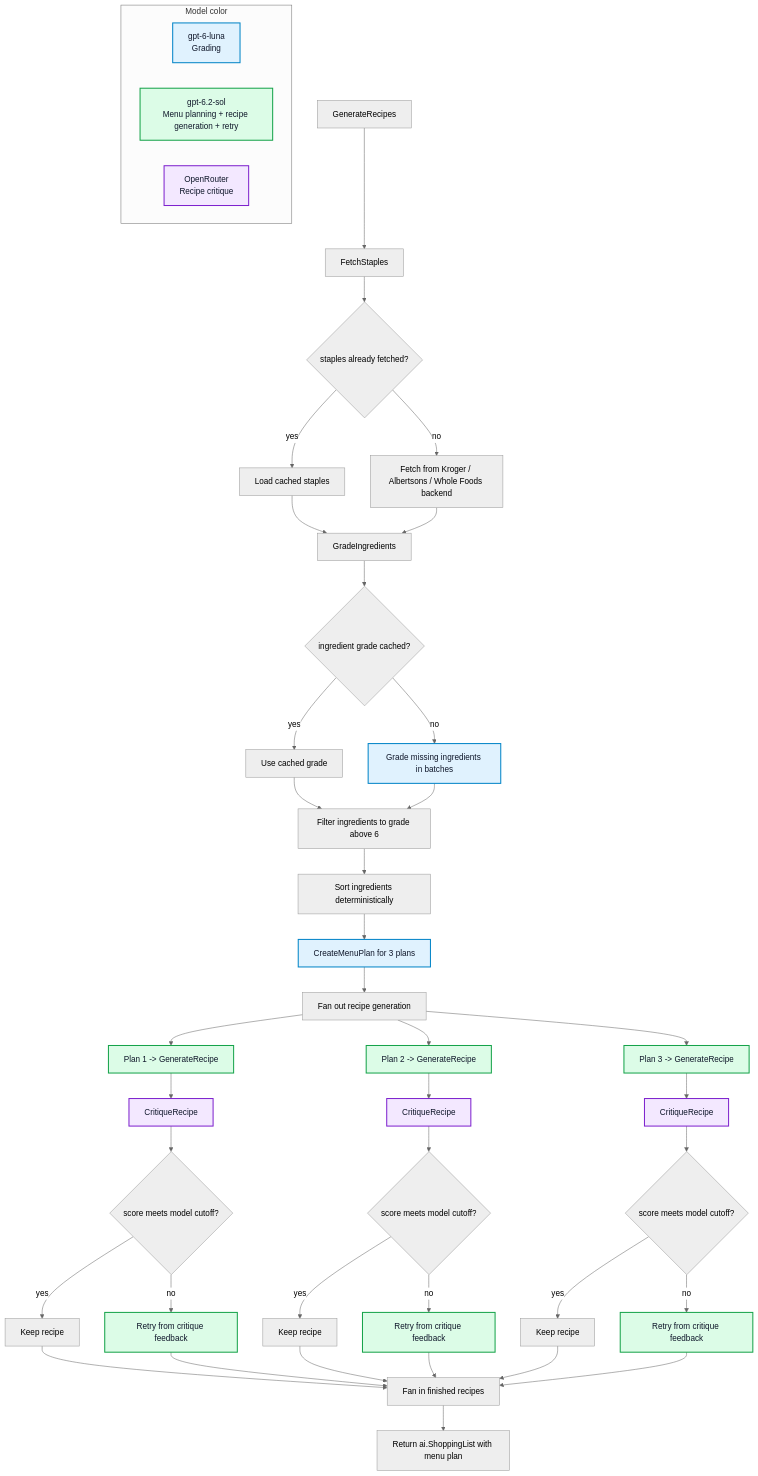
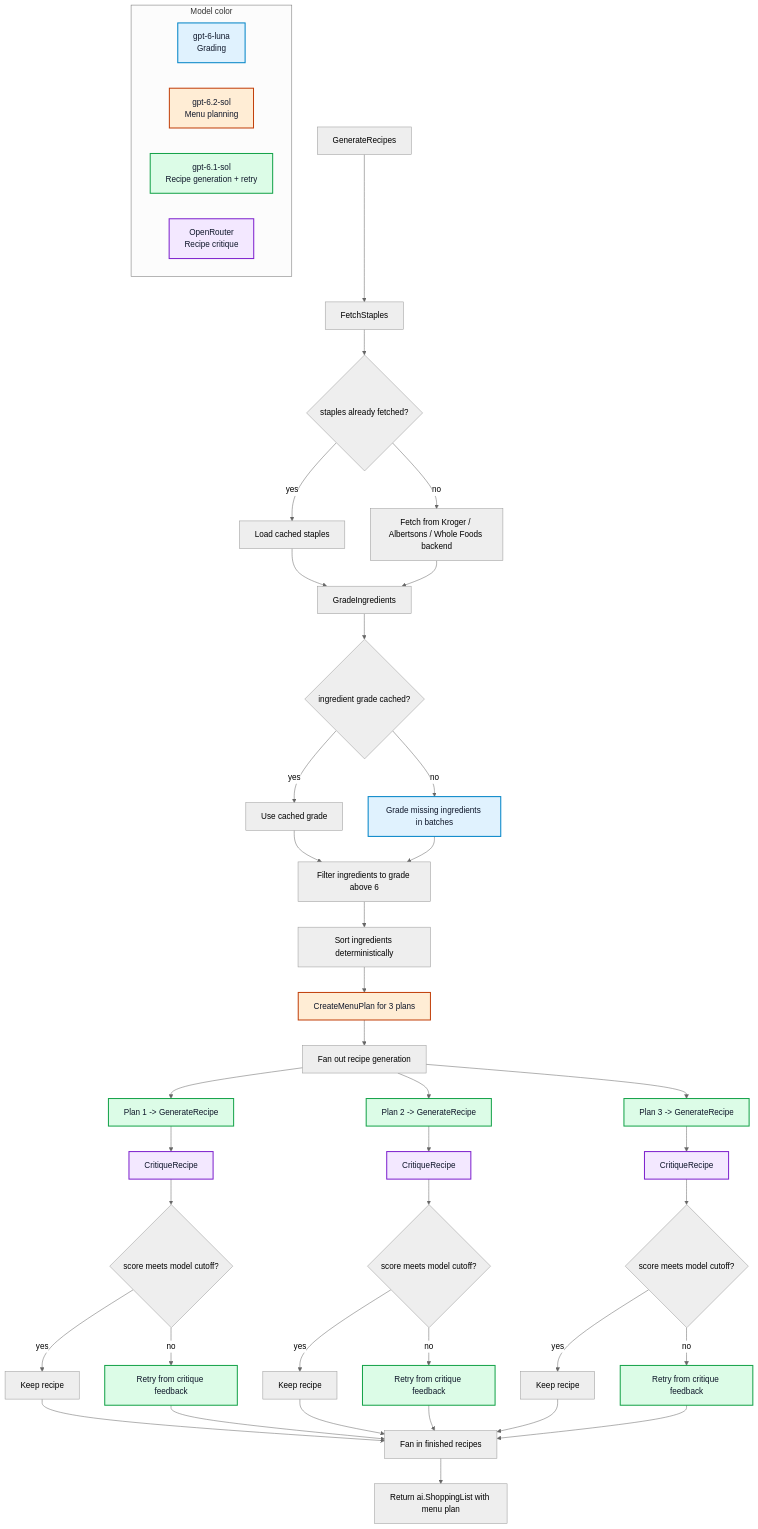
The diagram in docs/recipe-generation-walkthrough.md (paulgmiller/careme), drawn with Mermaid (neutral theme) before and after one commit. The commit also changed other lines of this file and 15 other files, not shown here.

````diff
--- a/docs/recipe-generation-walkthrough.md
+++ b/docs/recipe-generation-walkthrough.md
@@ -7,62 +7,65 @@
 ```mermaid
 flowchart TD
     subgraph Legend["Model color"]
         MiniLegend["gpt-6-luna<br/>Grading"]
-        RecipeModelLegend["gpt-6.2-sol<br/>Menu planning + recipe generation + retry"]
+        MenuModelLegend["gpt-6.2-sol<br/>Menu planning"]
+        RecipeModelLegend["gpt-6.1-sol<br/>Recipe generation + retry"]
         OpenRouterLegend["OpenRouter<br/>Recipe critique"]
     end
 
     A["GenerateRecipes"] --> B["FetchStaples"]
     B --> C{"staples already fetched?"}
     C -- "yes" --> D["Load cached staples"]
     C -- "no" --> E["Fetch from Kroger / Albertsons / Whole Foods backend"]
     E --> G["GradeIngredients"]
     D --> G
 
     G --> H{"ingredient grade cached?"}
     H -- "yes" --> I["Use cached grade"]
     H -- "no" --> J["Grade missing ingredients in batches"]
     I --> L["Filter ingredients to grade above 6"]
     J --> L
 
     L --> M["Sort ingredients deterministically"]
     M --> N["CreateMenuPlan for 3 plans"]
     N --> O["Fan out recipe generation"]
 
     O --> P1["Plan 1 -> GenerateRecipe"]
     O --> P2["Plan 2 -> GenerateRecipe"]
     O --> P3["Plan 3 -> GenerateRecipe"]
 
     P1 --> R1["CritiqueRecipe"]
     P2 --> R2["CritiqueRecipe"]
     P3 --> R3["CritiqueRecipe"]
 
     R1 --> S1{"score meets model cutoff?"}
     R2 --> S2{"score meets model cutoff?"}
     R3 --> S3{"score meets model cutoff?"}
 
     S1 -- "yes" --> T1["Keep recipe"]
     S2 -- "yes" --> T2["Keep recipe"]
     S3 -- "yes" --> T3["Keep recipe"]
 
     S1 -- "no" --> U1["Retry from critique feedback"]
     S2 -- "no" --> U2["Retry from critique feedback"]
     S3 -- "no" --> U3["Retry from critique feedback"]
 
     T1 --> W["Fan in finished recipes"]
     T2 --> W
     T3 --> W
     U1 --> W
     U2 --> W
     U3 --> W
 
     W --> X["Return ai.ShoppingList with menu plan"]
 
     classDef mini fill:#e0f2fe,stroke:#0284c7,color:#0f172a,stroke-width:2px
+    classDef menuModel fill:#ffedd5,stroke:#c2410c,color:#0f172a,stroke-width:2px
     classDef recipeModel fill:#dcfce7,stroke:#16a34a,color:#0f172a,stroke-width:2px
     classDef openrouter fill:#f3e8ff,stroke:#7e22ce,color:#0f172a,stroke-width:2px
 
-    class MiniLegend,J,N mini
+    class MiniLegend,J mini
+    class MenuModelLegend,N menuModel
     class RecipeModelLegend,P1,P2,P3,U1,U2,U3 recipeModel
     class OpenRouterLegend,R1,R2,R3 openrouter
 ```
````
